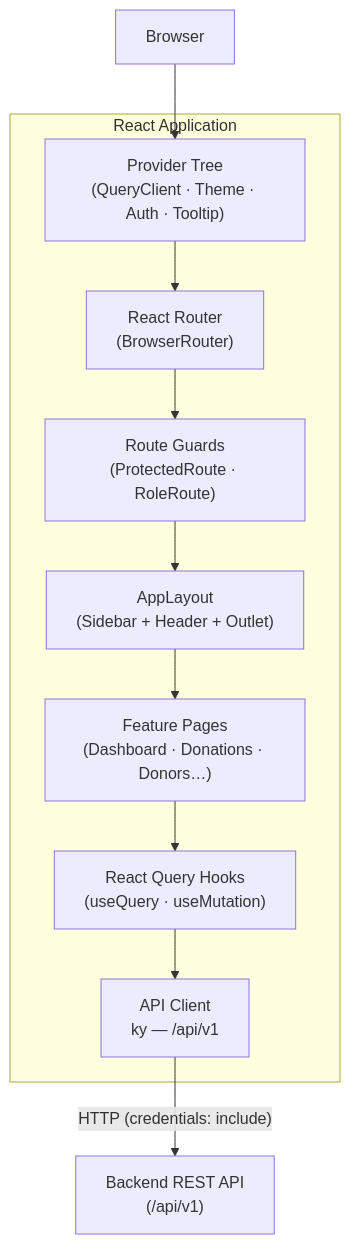
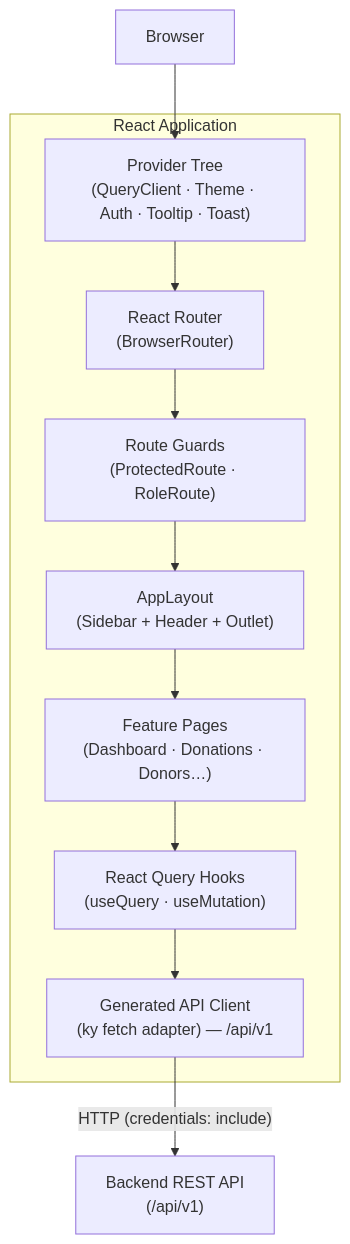
Before and after one commit to jorgetroya80/donations-frontend: the second of 8 diagrams in docs/ARCHITECTURE.md, drawn with Mermaid. The commit also changed other lines of this file and 2 other files, not shown here.

First line of the commit message:
docs: rewrite README and architecture guide (#191)

````diff
--- a/docs/ARCHITECTURE.md
+++ b/docs/ARCHITECTURE.md
@@ -88,25 +168,25 @@
 ```mermaid
 graph TD
     Browser["Browser"]
 
     subgraph React["React Application"]
-        Providers["Provider Tree\n(QueryClient · Theme · Auth · Tooltip)"]
+        Providers["Provider Tree\n(QueryClient · Theme · Auth · Tooltip · Toast)"]
         Router["React Router\n(BrowserRouter)"]
         Guards["Route Guards\n(ProtectedRoute · RoleRoute)"]
         Layout["AppLayout\n(Sidebar + Header + Outlet)"]
         Pages["Feature Pages\n(Dashboard · Donations · Donors…)"]
         Hooks["React Query Hooks\n(useQuery · useMutation)"]
-        APIClient["API Client\nky — /api/v1"]
+        APIClient["Generated API Client\n(ky fetch adapter) — /api/v1"]
     end
 
     Backend["Backend REST API\n(/api/v1)"]
 
     Browser --> Providers
     Providers --> Router
     Router --> Guards
     Guards --> Layout
     Layout --> Pages
     Pages --> Hooks
     Hooks --> APIClient
     APIClient -->|"HTTP (credentials: include)"| Backend
 ```
````
